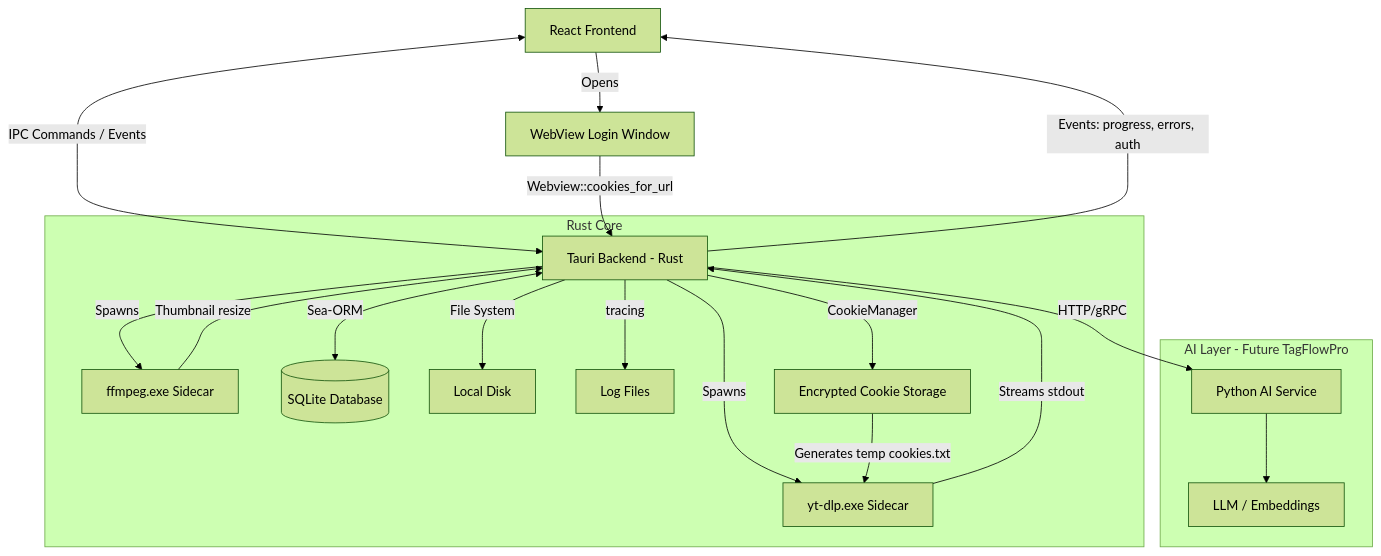
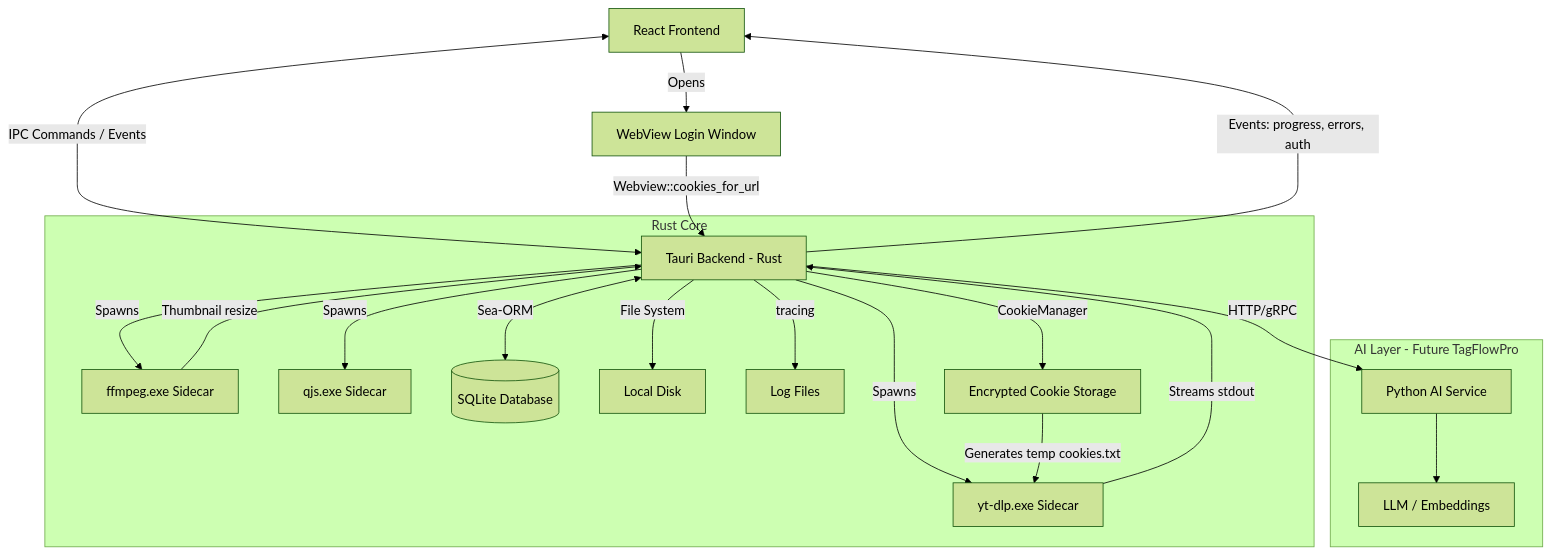
The first of 2 diagrams in docs/02_technical_architecture.md (Zidane0MA/VideoDownloaderPro), drawn with Mermaid (forest theme) before and after one commit. The commit also changed other lines of this file and 27 other files, not shown here.

````diff
--- a/docs/02_technical_architecture.md
+++ b/docs/02_technical_architecture.md
@@ -15,25 +16,26 @@
 ```mermaid
 graph TD
     UI[React Frontend] <-->|IPC Commands / Events| Tauri[Tauri Backend - Rust]
     UI -->|Opens| WV[WebView Login Window]
     
     subgraph "Rust Core"
         Tauri -->|Spawns| YTDLP[yt-dlp.exe Sidecar]
         Tauri -->|Spawns| FFMPEG[ffmpeg.exe Sidecar]
+        Tauri -->|Spawns| QJS[qjs.exe Sidecar]
         Tauri <-->|Sea-ORM| DB[(SQLite Database)]
         Tauri -->|File System| FS[Local Disk]
         Tauri -->|tracing| LOG[Log Files]
         Tauri -->|CookieManager| CM[Encrypted Cookie Storage]
     end
 
     subgraph "AI Layer - Future TagFlowPro"
         Tauri -->|HTTP/gRPC| AI[Python AI Service]
         AI --> LLM[LLM / Embeddings]
     end
 
     WV -->|Webview::cookies_for_url| Tauri
     CM -->|Generates temp cookies.txt| YTDLP
     YTDLP -->|Streams stdout| Tauri
     FFMPEG -->|Thumbnail resize| Tauri
     Tauri -->|Events: progress, errors, auth| UI
 ```
````
